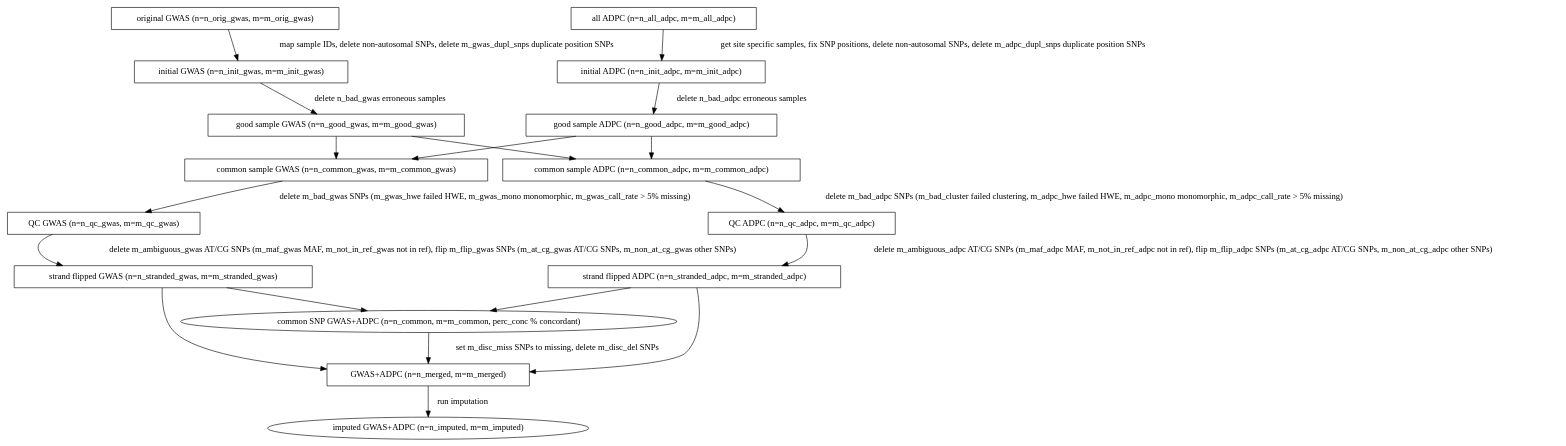
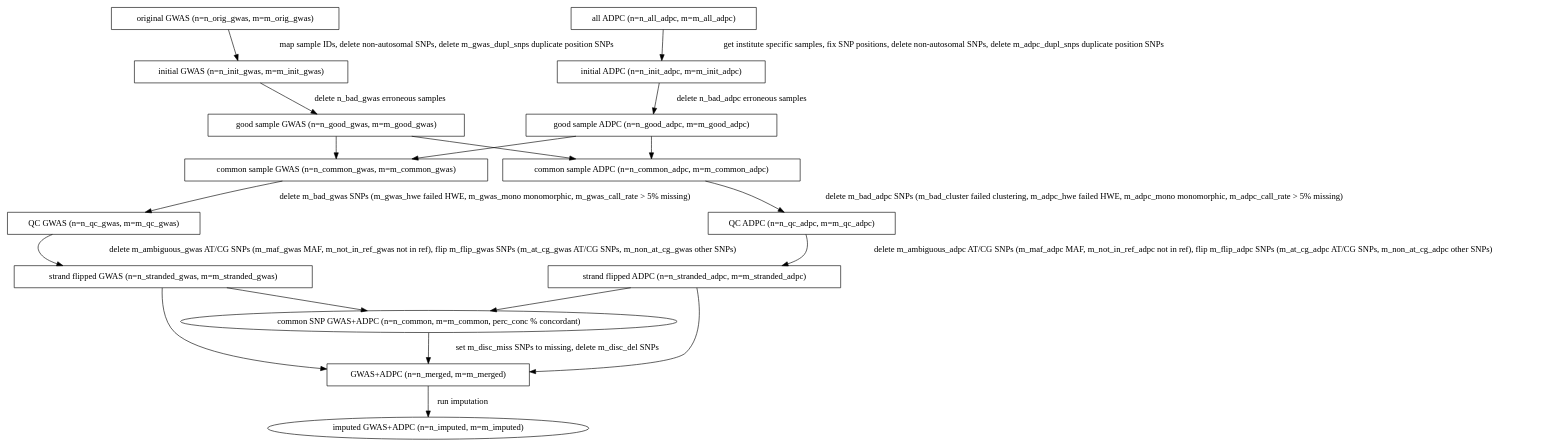
Before and after one commit to CAAPA/gwas_adpc_imputation_pipeline: the diagram in doc/flow.dot, drawn with Graphviz.

Commit message:
Correction - ADPC samples are fetched by institution, not site

```diff
--- a/doc/flow.dot
+++ b/doc/flow.dot
@@ -1,91 +1,91 @@
 #!dot
 digraph {
 
     //Initial GWAS flow
 
     ORIG_GWAS [label="original GWAS (n=n_orig_gwas, m=m_orig_gwas)",
                shape=box] //params: n_orig_gwas, m_orig_gwas
     INIT_GWAS [label="initial GWAS (n=n_init_gwas, m=m_init_gwas)",
                shape=box] //params: n_init_gwas, m_init_gwas
     ORIG_GWAS -> INIT_GWAS [label= " map sample IDs, delete non-autosomal SNPs, delete m_gwas_dupl_snps duplicate position SNPs"];
                  //script: get_gwas_samples
 
 
     GOOD_GWAS [label="good sample GWAS (n=n_good_gwas, m=m_good_gwas)",
                shape=box] //params: n_good_gwas, m_good_gwas
     INIT_GWAS -> GOOD_GWAS [label=" delete n_bad_gwas erroneous samples"];
                 //script: get_good_samples; params: n_bad_gwas
 
     COMMON_GWAS [label="common sample GWAS (n=n_common_gwas, m=m_common_gwas)",
                  shape=box] //params: n_common_gwas, m=m_common_gwas
     GOOD_GWAS -> COMMON_GWAS;
                  //script: get_common_samples
 
     QC_GWAS [label="QC GWAS (n=n_qc_gwas, m=m_qc_gwas)",
              shape=box] //params: n_qc_gwas, m=m_qc_gwas
     COMMON_GWAS -> QC_GWAS [label=" delete m_bad_gwas SNPs (m_gwas_hwe failed HWE, m_gwas_mono monomorphic, m_gwas_call_rate > 5% missing)"];
                 //script: do_gwas_qc; params: m_bad_gwas
                 //m (whatever subcategories removed)
 
 
     FLIPPED_GWAS [label="strand flipped GWAS (n=n_stranded_gwas, m=m_stranded_gwas)",
                   shape=box] //params: n_stranded_gwas, m_stranded_gwas
     QC_GWAS -> FLIPPED_GWAS  [label=" delete m_ambiguous_gwas AT/CG SNPs (m_maf_gwas MAF, m_not_in_ref_gwas not in ref), flip m_flip_gwas SNPs (m_at_cg_gwas AT/CG SNPs, m_non_at_cg_gwas other SNPs)"];
                  //script: flip_strands; params: m_flip_gwas, m_ambiguous_gwas
 
 
     //Initial ADPC flow
 
     ALL_ADPC [label="all ADPC (n=n_all_adpc, m=m_all_adpc)",
               shape=box] //params:n_all_adpc, m_all_adpc
     INIT_ADPC [label="initial ADPC (n=n_init_adpc, m=m_init_adpc)",
                shape=box] //params: n_init_adpc, m_init_adpc
-    ALL_ADPC -> INIT_ADPC [label=" get site specific samples, fix SNP positions, delete non-autosomal SNPs, delete m_adpc_dupl_snps duplicate position SNPs"]
+    ALL_ADPC -> INIT_ADPC [label=" get institute specific samples, fix SNP positions, delete non-autosomal SNPs, delete m_adpc_dupl_snps duplicate position SNPs"]
                 //script: get_adpc_samples (site)
 
 
     GOOD_ADPC [label="good sample ADPC (n=n_good_adpc, m=m_good_adpc)",
                shape=box] //params: n_good_adpc, m_good_adpc
     INIT_ADPC -> GOOD_ADPC [label=" delete n_bad_adpc erroneous samples"];
                 //script: get_good_samples; params: n_bad_adpc
 
     COMMON_ADPC [label="common sample ADPC (n=n_common_adpc, m=m_common_adpc)",
                  shape=box] //params: n_common_adpc, m=m_common_adpc
     GOOD_ADPC -> COMMON_ADPC;
                  //script: get_common_samples
 
     QC_ADPC [label="QC ADPC (n=n_qc_adpc, m=m_qc_adpc)",
              shape=box] //params: n_qc_adpc, m=m_qc_adpc
     COMMON_ADPC -> QC_ADPC [label=" delete m_bad_adpc SNPs (m_bad_cluster failed clustering, m_adpc_hwe failed HWE, m_adpc_mono monomorphic, m_adpc_call_rate > 5% missing)"];
                 //script: do_adpc_qc; params: m_bad_adpc
                 //m (whatever subcategories removed)
                 //remember to also remove ACGT
 
     FLIPPED_ADPC [label="strand flipped ADPC (n=n_stranded_adpc, m=m_stranded_adpc)",
                   shape=box] //params: n_stranded_adpc, m_stranded_adpc
     QC_ADPC -> FLIPPED_ADPC [label=" delete m_ambiguous_adpc AT/CG SNPs (m_maf_adpc MAF, m_not_in_ref_adpc not in ref), flip m_flip_adpc SNPs (m_at_cg_adpc AT/CG SNPs, m_non_at_cg_adpc other SNPs)"]
                  //script: flip_strands; params: m_flip_adpc, m_ambiguous_adpc
 
 
 
     //GWAS + ADPC flows
 
     GOOD_ADPC -> COMMON_GWAS;
     GOOD_GWAS -> COMMON_ADPC;
 
     COMMON_SNP [label="common SNP GWAS+ADPC (n=n_common, m=m_common, perc_conc % concordant)",
                 shape=ellipse] //params: n_common, m_common
     FLIPPED_GWAS -> COMMON_SNP; //script: get_common_snp_files
     FLIPPED_ADPC -> COMMON_SNP; //script: get_common_snp_files
 
     MERGED [label="GWAS+ADPC (n=n_merged, m=m_merged)",
             shape=box] //params: n_merged, m_merged
     COMMON_SNP -> MERGED [label= " set m_disc_miss SNPs to missing, delete m_disc_del SNPs"];
             //script: merge_adpc_gwas; params: m_disc_miss, m_disc_del
     FLIPPED_GWAS -> MERGED;
     FLIPPED_ADPC -> MERGED;
 
     IMPUTED [label="imputed GWAS+ADPC (n=n_imputed, m=m_imputed)"]
     MERGED -> IMPUTED [label=" run imputation"];
                 //script:
 }
```
